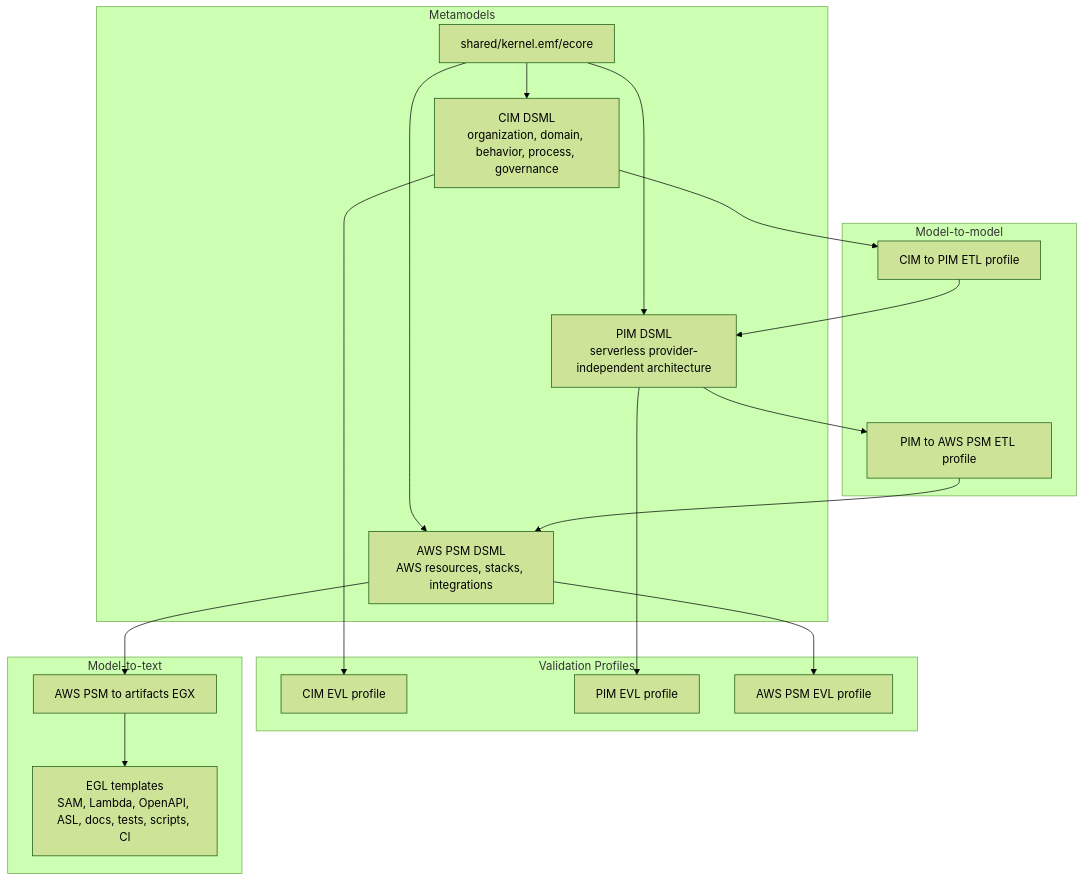
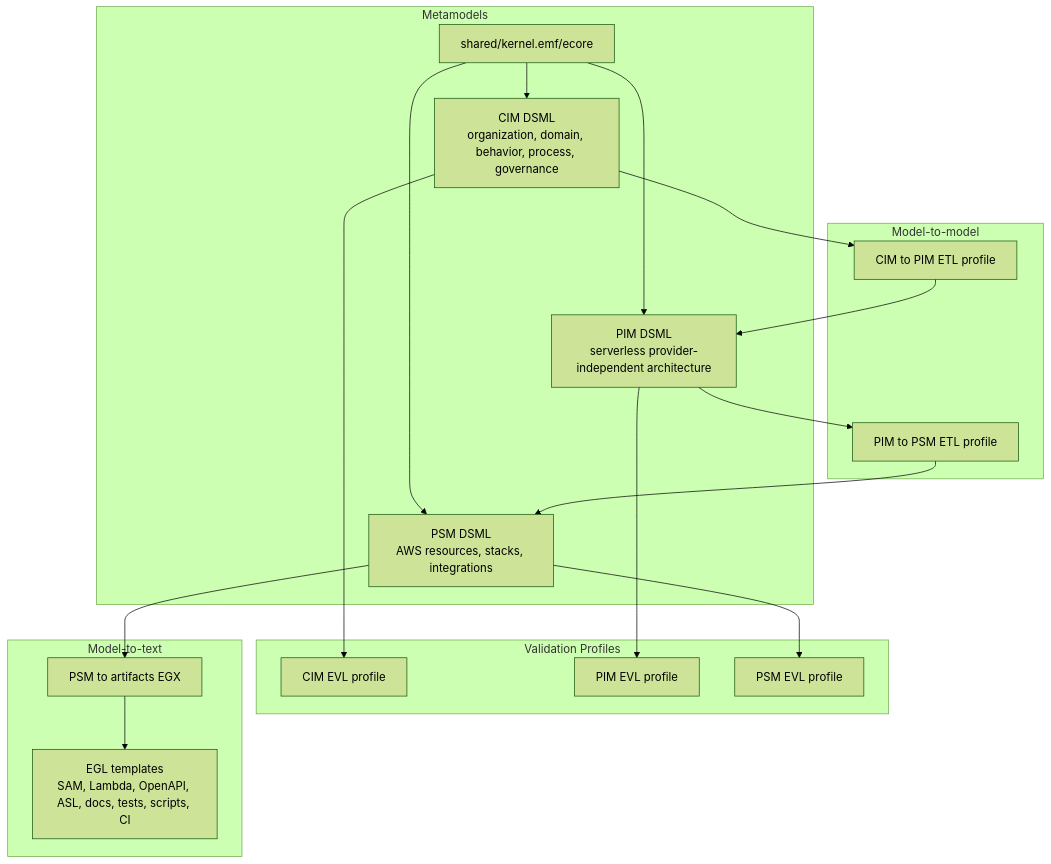
Before and after one commit to mehdieidi/modriss: the first of 3 diagrams in docs/diagrams/17-mde-architecture.md, drawn with Mermaid (forest theme). The commit also changed other lines of this file and 193 other files, not shown here.

Commit message:
docs: change aws psm to psm

````diff
--- a/docs/diagrams/17-mde-architecture.md
+++ b/docs/diagrams/17-mde-architecture.md
@@ -5,35 +5,35 @@
 ```mermaid
 flowchart TB
     subgraph meta["Metamodels"]
         kernel["shared/kernel.emf/ecore"]
         cim["CIM DSML<br/>organization, domain, behavior, process, governance"]
         pim["PIM DSML<br/>serverless provider-independent architecture"]
-        psm["AWS PSM DSML<br/>AWS resources, stacks, integrations"]
+        psm["PSM DSML<br/>AWS resources, stacks, integrations"]
     end
 
     subgraph validate["Validation Profiles"]
         cimV["CIM EVL profile"]
         pimV["PIM EVL profile"]
-        psmV["AWS PSM EVL profile"]
+        psmV["PSM EVL profile"]
     end
 
     subgraph transform["Model-to-model"]
         c2p["CIM to PIM ETL profile"]
-        p2a["PIM to AWS PSM ETL profile"]
+        p2a["PIM to PSM ETL profile"]
     end
 
     subgraph generate["Model-to-text"]
-        egx["AWS PSM to artifacts EGX"]
+        egx["PSM to artifacts EGX"]
         egl["EGL templates<br/>SAM, Lambda, OpenAPI, ASL, docs, tests, scripts, CI"]
     end
 
     kernel --> cim
     kernel --> pim
     kernel --> psm
     cim --> cimV
     pim --> pimV
     psm --> psmV
     cim --> c2p --> pim
     pim --> p2a --> psm
     psm --> egx --> egl
 ```
````
